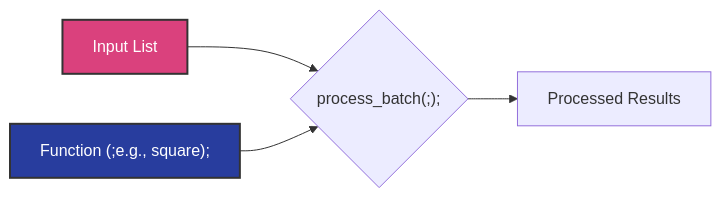
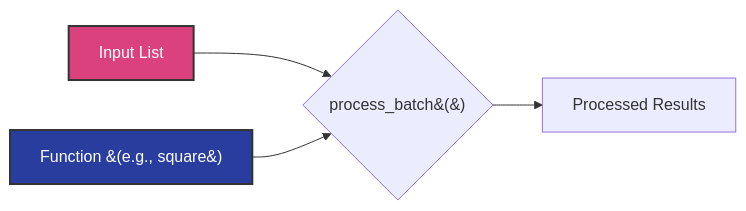
Before and after one commit to ikko/sym: the fourth of 5 diagrams in docs/readme_details/12_example_use/index.md, drawn with Mermaid. The commit also changed other lines of this file and 18 other files, not shown here.

````diff
--- a/docs/readme_details/12_example_use/index.md
+++ b/docs/readme_details/12_example_use/index.md
@@ -149,10 +149,10 @@
 ```mermaid
 graph LR
-    A[Input List] --> B{process_batch#40;;#41;;};
-    C[Function #40;;e.g., square#41;;] --> B;
+    A[Input List] --> B{process_batch&#40;&#41;};
+    C[Function &#40;e.g., square&#41;] --> B;
     B --> D[Processed Results];
 
     style C fill:#283d9e,stroke:#333,stroke-width:2px,color:#FFFFFF;
     style A fill:#da417d,stroke:#333,stroke-width:2px,color:#FFFFFF;
     style C fill:#283d9e,stroke:#333,stroke-width:2px,color:#FFFFFF;
 ```
````
